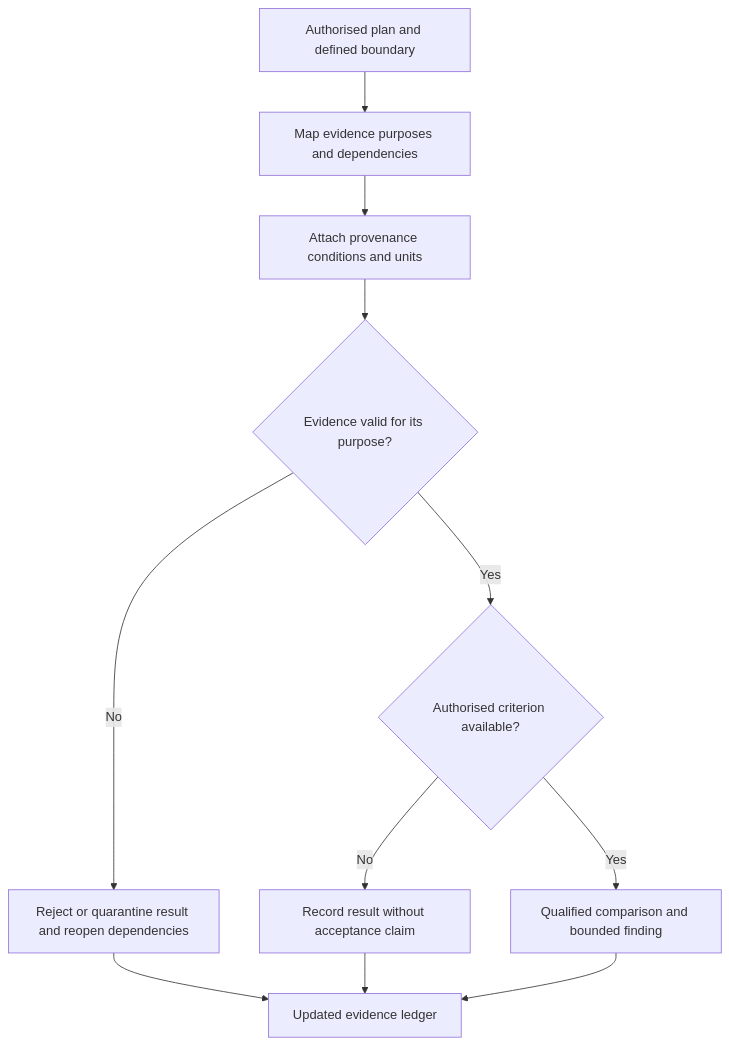
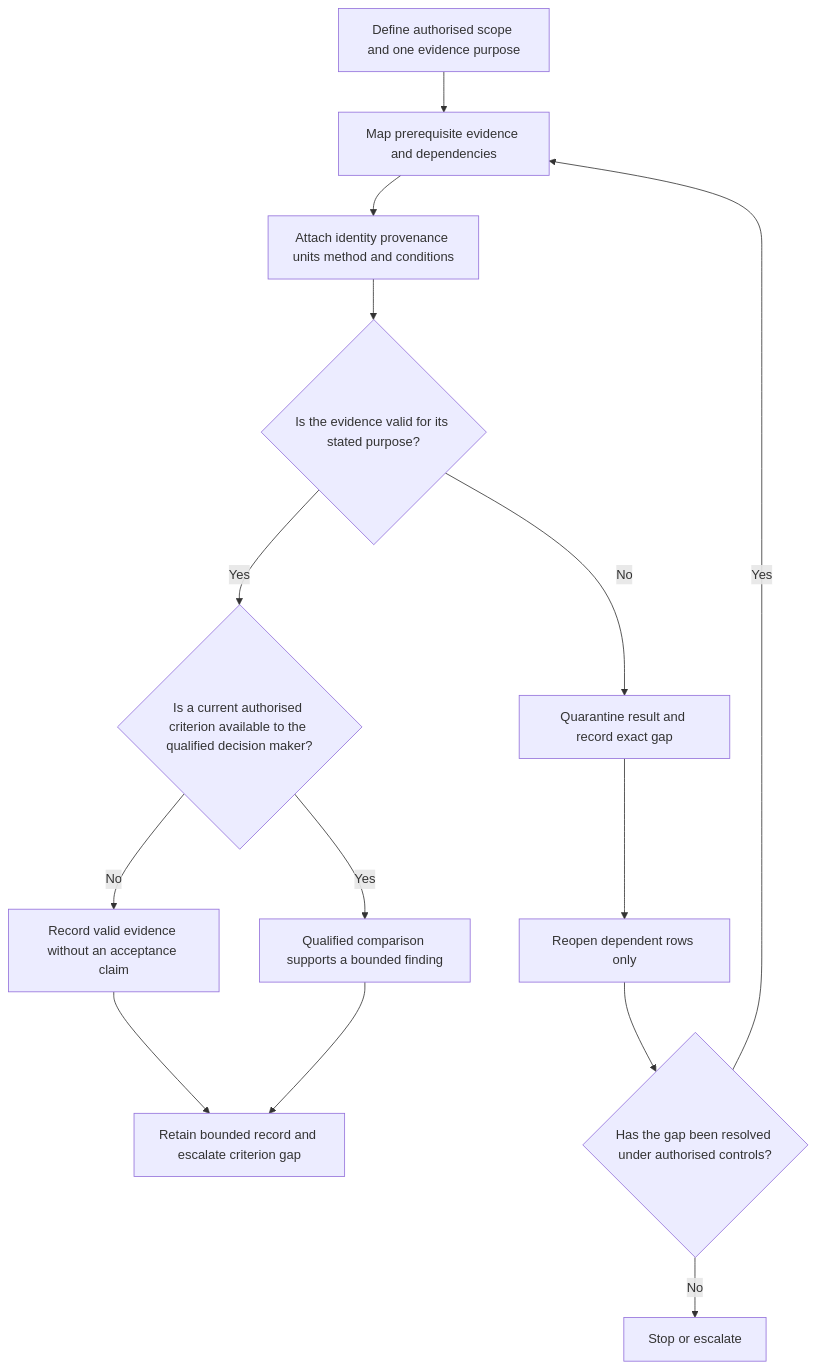
The diagram in docs/learning-plans/6-week/modules/day-38-test-sequence-expected-evidence-and-result-interpretation.md (andrew3stedall/capstone), drawn with Mermaid before and after one commit. The commit also changed other lines of this file and 4 other files, not shown here.

````diff
--- a/docs/learning-plans/6-week/modules/day-38-test-sequence-expected-evidence-and-result-interpretation.md
+++ b/docs/learning-plans/6-week/modules/day-38-test-sequence-expected-evidence-and-result-interpretation.md
@@ -52,13 +112,16 @@
 ```mermaid
 flowchart TD
-    A[Authorised plan and defined boundary] --> B[Map evidence purposes and dependencies]
-    B --> C[Attach provenance conditions and units]
-    C --> D{Evidence valid for its purpose?}
-    D -->|No| E[Reject or quarantine result and reopen dependencies]
-    D -->|Yes| F{Authorised criterion available?}
-    F -->|No| G[Record result without acceptance claim]
-    F -->|Yes| H[Qualified comparison and bounded finding]
-    E --> I[Updated evidence ledger]
-    G --> I
-    H --> I
+    A[Define authorised scope and one evidence purpose] --> B[Map prerequisite evidence and dependencies]
+    B --> C[Attach identity provenance units method and conditions]
+    C --> D{Is the evidence valid for its stated purpose?}
+    D -->|No| E[Quarantine result and record exact gap]
+    D -->|Yes| F{Is a current authorised criterion available to the qualified decision maker?}
+    F -->|No| G[Record valid evidence without an acceptance claim]
+    F -->|Yes| H[Qualified comparison supports a bounded finding]
+    E --> I[Reopen dependent rows only]
+    G --> J[Retain bounded record and escalate criterion gap]
+    H --> J
+    I --> K{Has the gap been resolved under authorised controls?}
+    K -->|No| L[Stop or escalate]
+    K -->|Yes| B
 ```
````
